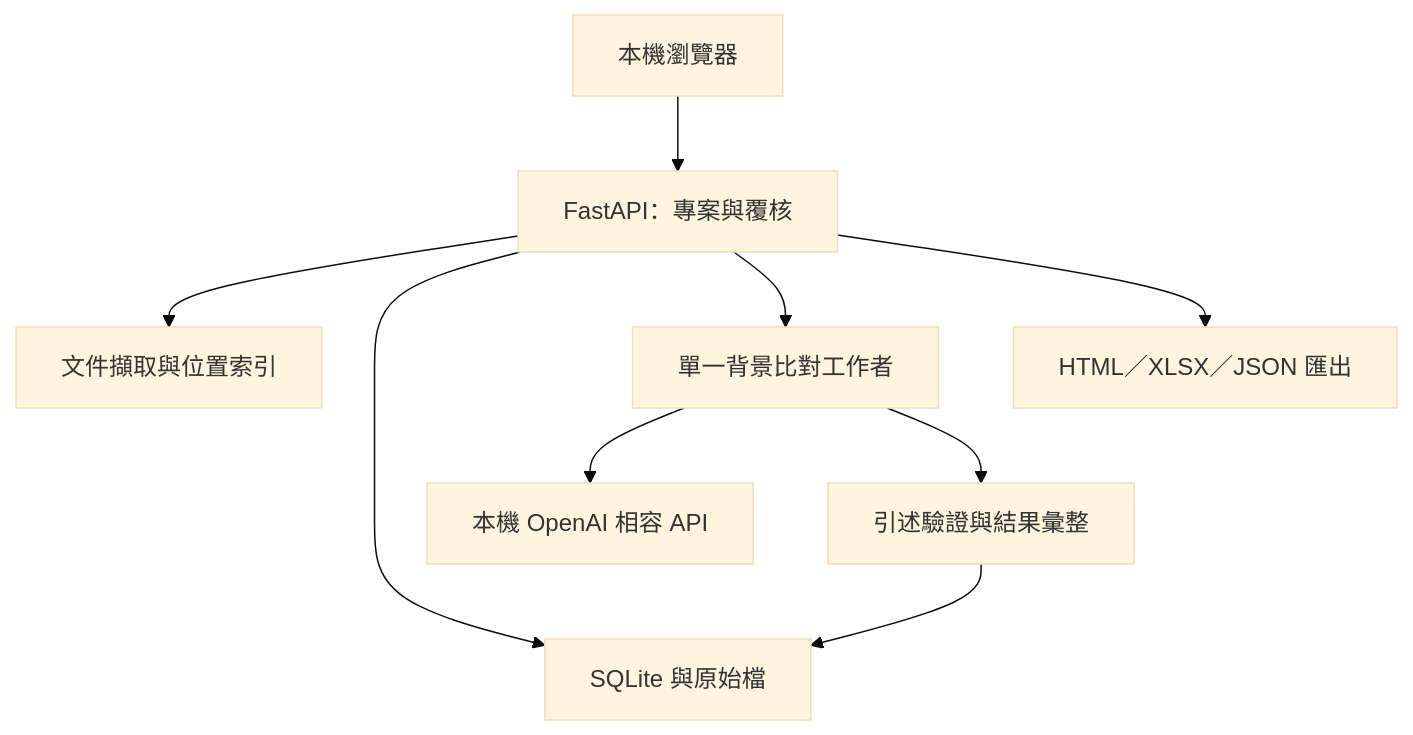
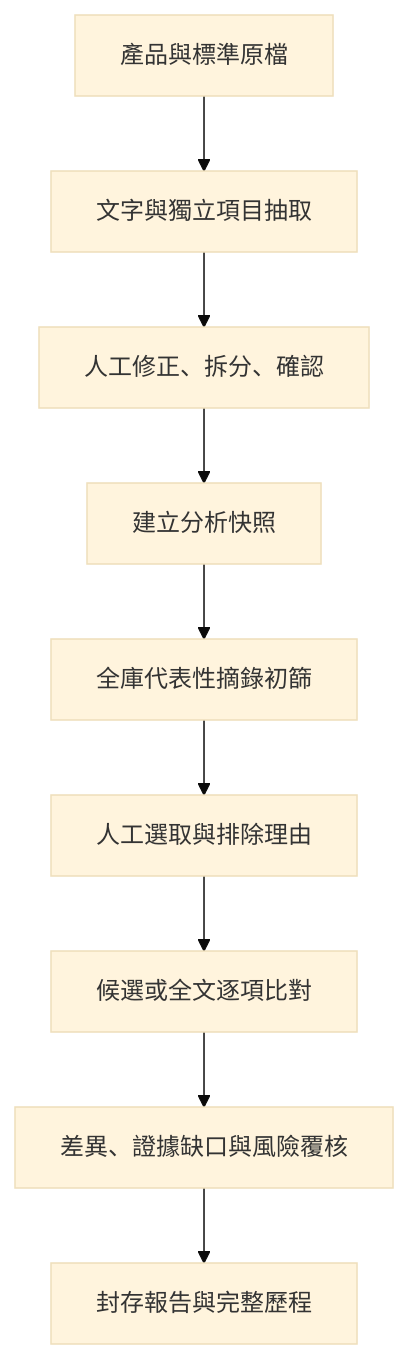
The diagram in docs/ARCHITECTURE.md (pcpcchen-coder/LocalAIforSPECheck), drawn with Mermaid (base theme) before and after one commit. The commit also changed other lines of this file and 37 other files, not shown here.

````diff
--- a/docs/ARCHITECTURE.md
+++ b/docs/ARCHITECTURE.md
@@ -5,11 +11,11 @@
 ```mermaid
 flowchart TD
-    UI["本機瀏覽器"] --> API["FastAPI：專案與覆核"]
-    API --> EXTRACT["文件擷取與位置索引"]
-    API --> DB["SQLite 與原始檔"]
-    API --> JOB["單一背景比對工作者"]
-    JOB --> MODEL["本機 OpenAI 相容 API"]
-    JOB --> VERIFY["引述驗證與結果彙整"]
-    VERIFY --> DB
-    API --> REPORT["HTML／XLSX／JSON 匯出"]
+    DOC["產品與標準原檔"] --> EXTRACT["文字與獨立項目抽取"]
+    EXTRACT --> CONFIRM["人工修正、拆分、確認"]
+    CONFIRM --> SNAPSHOT["建立分析快照"]
+    SNAPSHOT --> SCREEN["全庫代表性摘錄初篩"]
+    SCREEN --> SELECT["人工選取與排除理由"]
+    SELECT --> COMPARE["候選或全文逐項比對"]
+    COMPARE --> REVIEW["差異、證據缺口與風險覆核"]
+    REVIEW --> REPORT["封存報告與完整歷程"]
 ```
````
